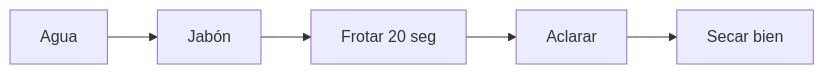
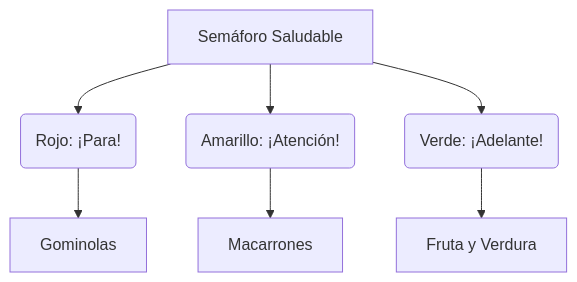
The diagram in docs/2pri/ut03-cuidamos-nuestro-cuerpo/tutorial.md (aalvarezg06/Ense-anzaONLINE), drawn with Mermaid before and after one commit. The commit also changed other lines of this file and 8 other files, not shown here.

````diff
--- a/docs/2pri/ut03-cuidamos-nuestro-cuerpo/tutorial.md
+++ b/docs/2pri/ut03-cuidamos-nuestro-cuerpo/tutorial.md
@@ -40,7 +32,9 @@
 ```mermaid
-graph LR
-    A[Agua] --> B[Jabón]
-    B --> C[Frotar 20 seg]
-    C --> D[Aclarar]
-    D --> E[Secar bien]
+graph TD
+    A[Semáforo Saludable] --> B(Rojo: ¡Para!)
+    A --> C(Amarillo: ¡Atención!)
+    A --> D(Verde: ¡Adelante!)
+    B --> E[Gominolas]
+    C --> F[Macarrones]
+    D --> G[Fruta y Verdura]
 ```
````
